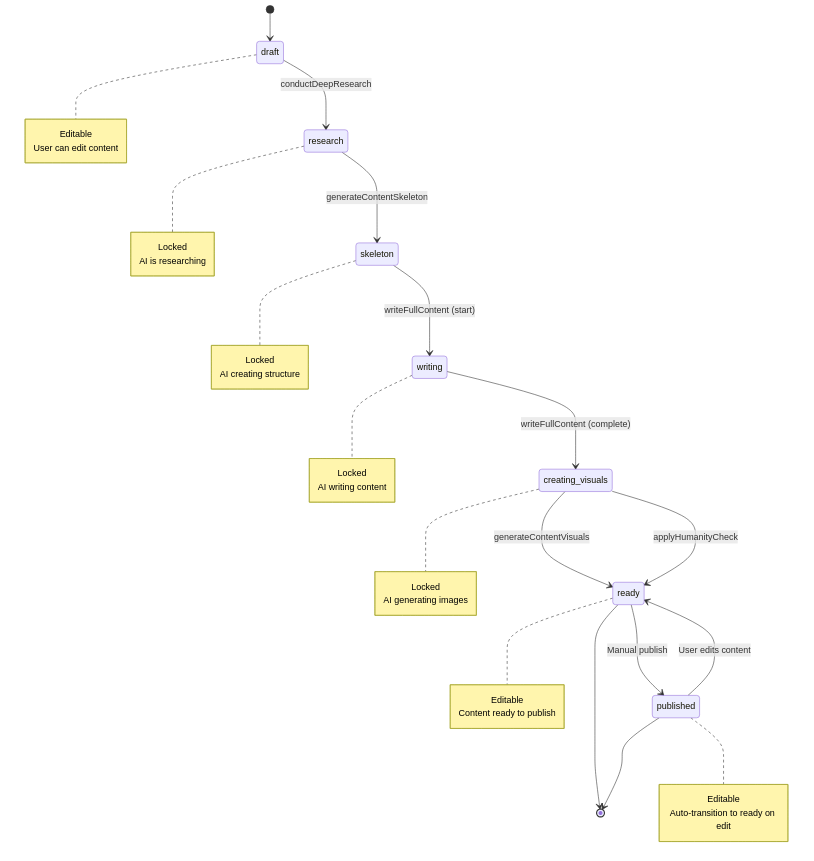
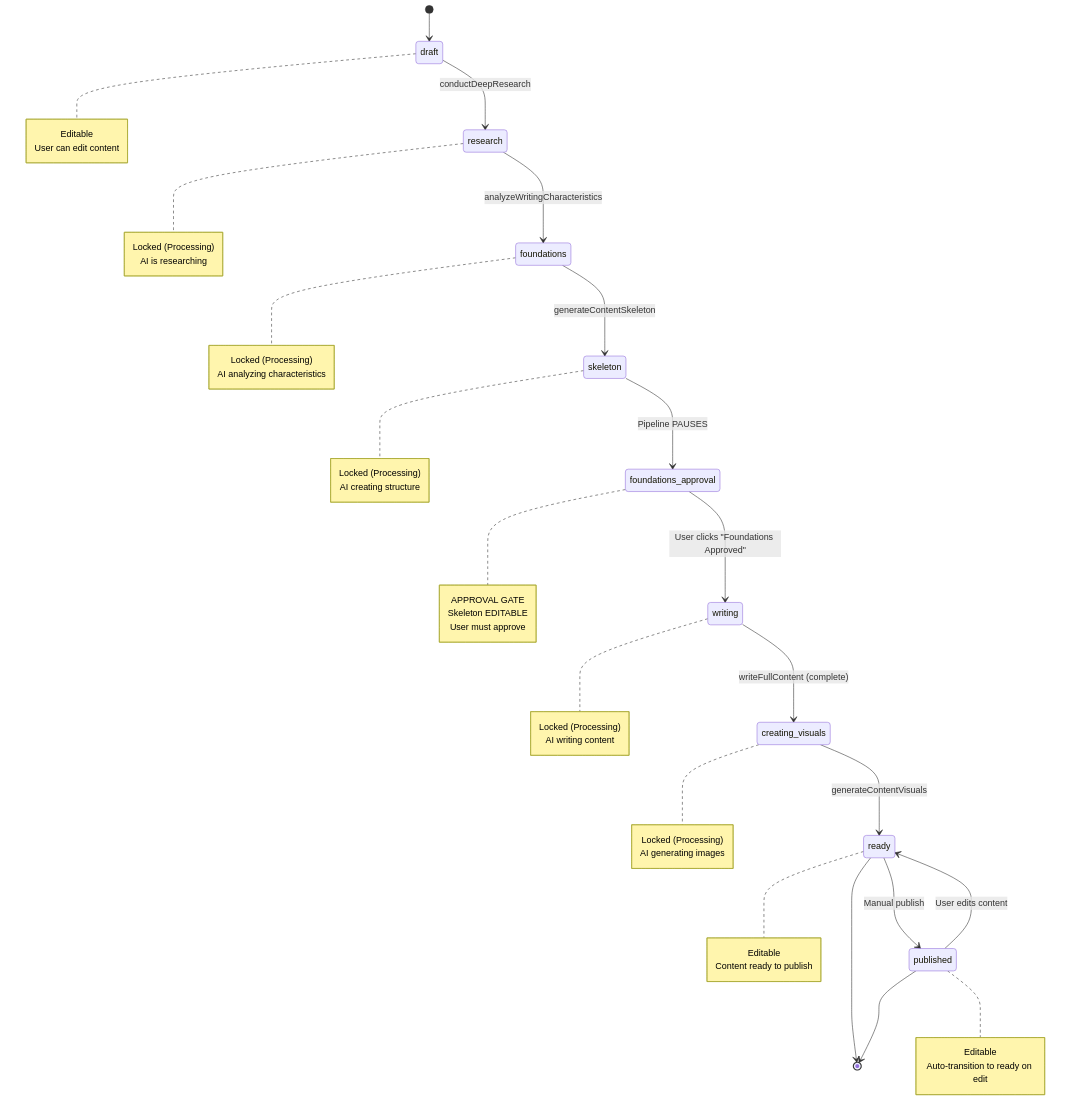
Before and after one commit to kobiagi-builder/nextup: the diagram in docs/Architecture/database/artifact-schema-and-workflow.md, drawn with Mermaid. The commit also changed other lines of this file and 256 other files, not shown here.

````diff
--- a/docs/Architecture/database/artifact-schema-and-workflow.md
+++ b/docs/Architecture/database/artifact-schema-and-workflow.md
@@ -95,49 +104,61 @@
 ```mermaid
 stateDiagram-v2
     [*] --> draft
     draft --> research: conductDeepResearch
-    research --> skeleton: generateContentSkeleton
-    skeleton --> writing: writeFullContent (start)
+    research --> foundations: analyzeWritingCharacteristics
+    foundations --> skeleton: generateContentSkeleton
+    skeleton --> foundations_approval: Pipeline PAUSES
+    foundations_approval --> writing: User clicks "Foundations Approved"
     writing --> creating_visuals: writeFullContent (complete)
     creating_visuals --> ready: generateContentVisuals
-    creating_visuals --> ready: applyHumanityCheck
     ready --> published: Manual publish
     published --> ready: User edits content
     ready --> [*]
     published --> [*]
 
     note right of draft
         Editable
         User can edit content
     end note
 
     note right of research
-        Locked
+        Locked (Processing)
         AI is researching
     end note
 
+    note right of foundations
+        Locked (Processing)
+        AI analyzing characteristics
+    end note
+
     note right of skeleton
-        Locked
+        Locked (Processing)
         AI creating structure
     end note
 
+    note right of foundations_approval
+        APPROVAL GATE
+        Skeleton EDITABLE
+        User must approve
+    end note
+
     note right of writing
-        Locked
+        Locked (Processing)
         AI writing content
     end note
 
     note right of creating_visuals
-        Locked
+        Locked (Processing)
         AI generating images
     end note
 
     note right of ready
         Editable
         Content ready to publish
     end note
 
     note right of published
         Editable
         Auto-transition to ready on edit
     end note
 ```
````
